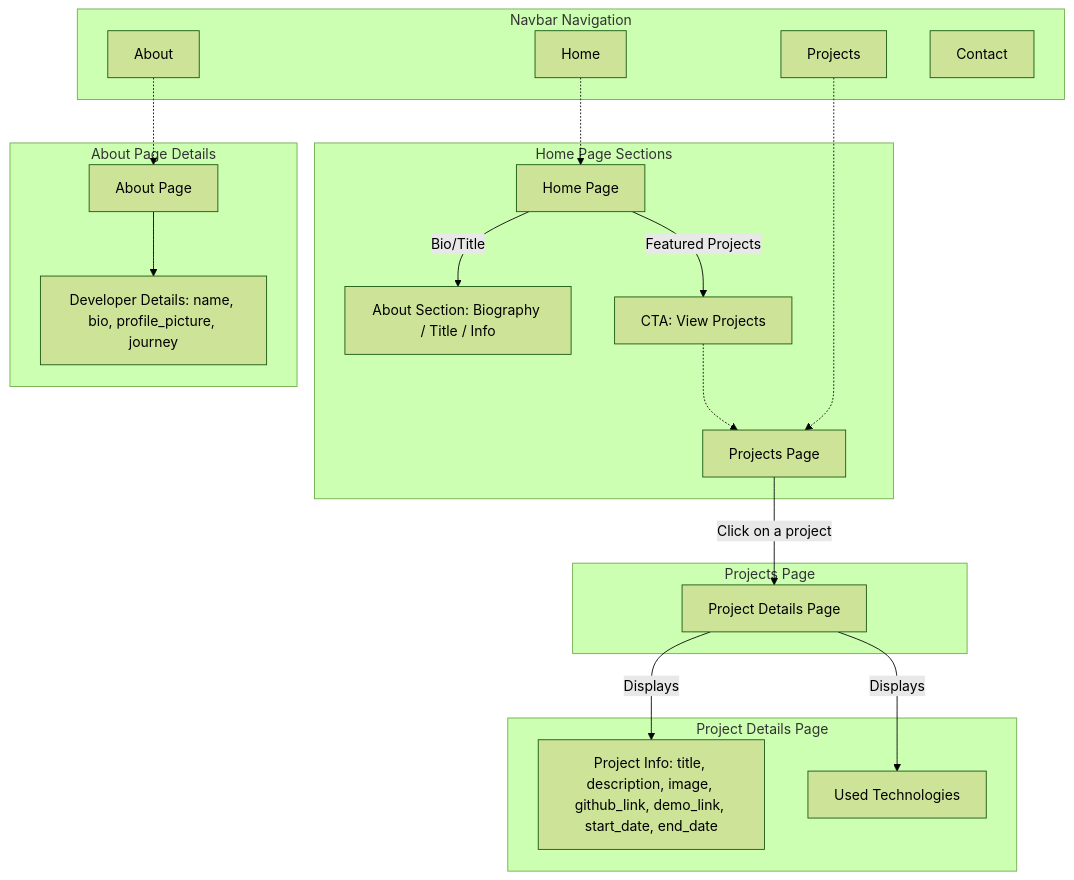
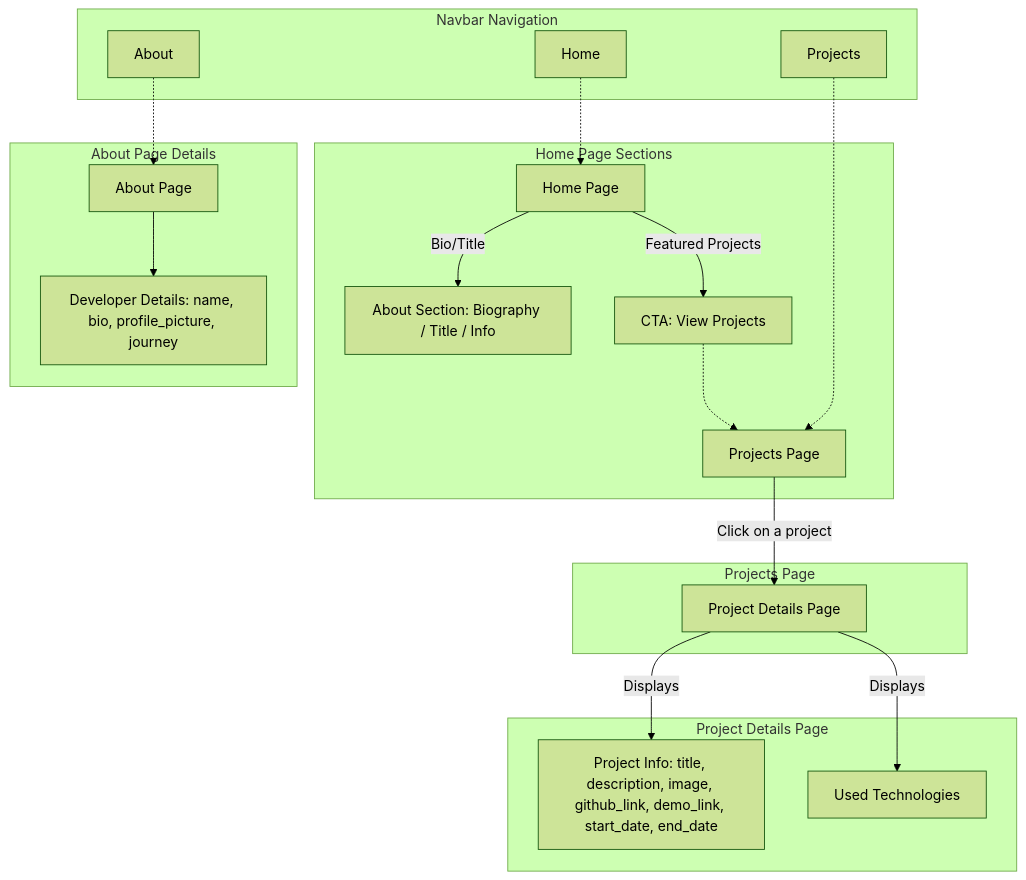
Before and after one commit to BENYEKHLEF-Anouar/Portfolio-developpeur: the diagram in Conception/schema.mmd, drawn with Mermaid (forest theme). The commit also changed 4 other files, not shown here.

```diff
--- a/Conception/schema.mmd
+++ b/Conception/schema.mmd
@@ -1,36 +1,35 @@
 graph TD
     %% ===== NAVIGATION BAR =====
     subgraph NAVBAR [Navbar Navigation]
         A[Home]
         B[About]
         D[Projects]
-        E[Contact]
     end
 
     %% ===== PAGE CONNECTIONS =====
     A -.-> A1[Home Page]
     B -.-> B1[About Page]
     D -.-> D1[Projects Page]
 
     %% ===== HOME PAGE SECTIONS =====
     subgraph HOME_PAGE [Home Page Sections]
         A1 -- "Bio/Title" --> H1[About Section: Biography / Title / Info]
         A1 -- "Featured Projects" --> H3[CTA: View Projects]
         H3 -.-> D1
     end
 
     %% ===== ABOUT PAGE =====
     subgraph ABOUT_PAGE [About Page Details]
         B1 --> B2[Developer Details: name, bio, profile_picture, journey]
     end
 
     %% ===== PROJECTS PAGE =====
     subgraph PROJECTS_PAGE [Projects Page]
         D1 -- "Click on a project" --> D2[Project Details Page]
     end
 
     %% ===== PROJECT DETAILS PAGE =====
     subgraph PROJECT_DETAILS [Project Details Page]
         D2 -- "Displays" --> PD1[Project Info: title, description, image, github_link, demo_link, start_date, end_date]
         D2 -- "Displays" --> PD2[Used Technologies]
     end
```
